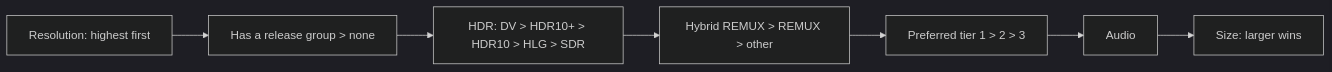
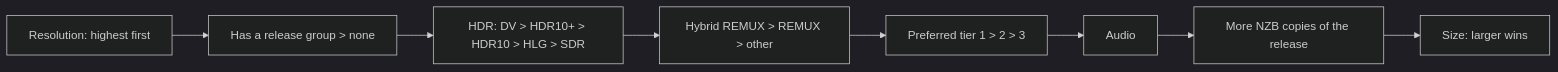
One commit to Appz4Fun/NeNeTeePee-Stream-Kodi changed the second of 2 diagrams in docs-site/how-it-works/search-pipeline.md. Above: the diagram before and after it, drawn with Mermaid (dark theme). The commit also changed other lines of this file and 6 other files, not shown here.

Commit message:
Document the List compacted picker, same-release rule and NZB-copies tiebreak (#560)

````diff
--- a/docs-site/how-it-works/search-pipeline.md
+++ b/docs-site/how-it-works/search-pipeline.md
@@ -105,10 +105,11 @@
 ```mermaid
 flowchart LR
     A[Resolution: highest first]
     A --> G[Has a release group > none]
     G --> B[HDR: DV > HDR10+ > HDR10 > HLG > SDR]
     B --> R[Hybrid REMUX > REMUX > other]
     R --> C[Preferred tier 1 > 2 > 3]
     C --> D[Audio]
-    D --> E[Size: larger wins]
+    D --> N[More NZB copies of the release]
+    N --> E[Size: larger wins]
 ```
````
